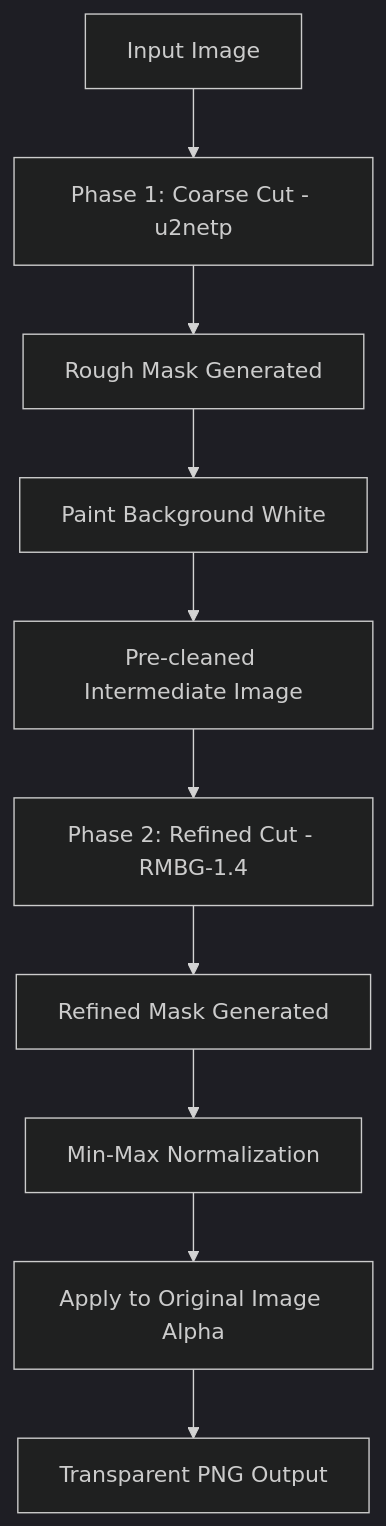
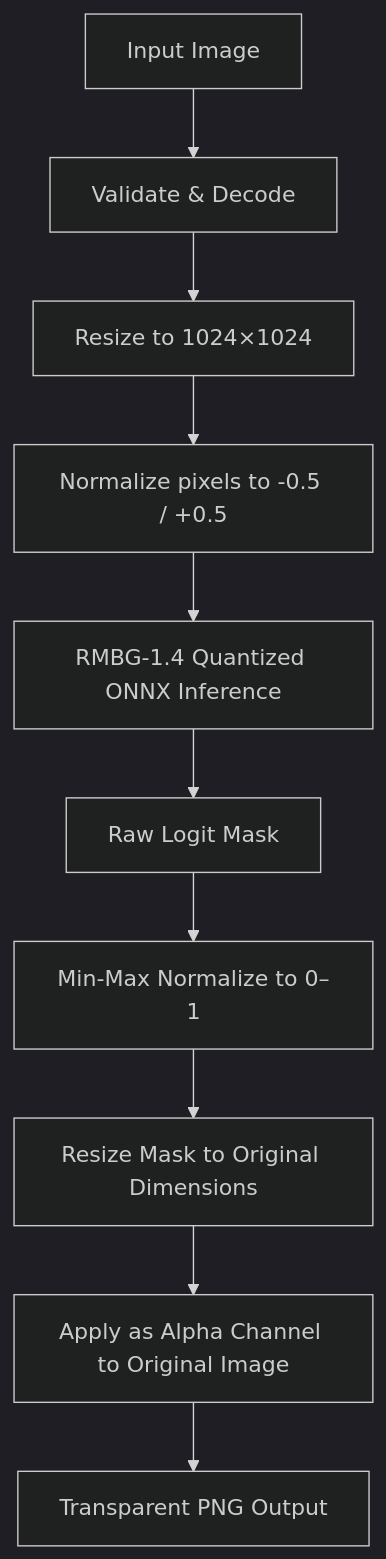
One commit to gericandmorty/G-Remover-backend changed the diagram in README.md. Above: the diagram before and after it, drawn with Mermaid (dark theme). The commit also changed other lines of this file and 3 other files, not shown here.

````diff
--- a/README.md
+++ b/README.md
@@ -24,12 +24,12 @@
 ```mermaid
 graph TD
-    A[Input Image] --> B[Phase 1: Coarse Cut - u2netp]
-    B --> C[Rough Mask Generated]
-    C --> D[Paint Background White]
-    D --> E[Pre-cleaned Intermediate Image]
-    E --> F[Phase 2: Refined Cut - RMBG-1.4]
-    F --> G[Refined Mask Generated]
-    G --> H[Min-Max Normalization]
-    H --> I[Apply to Original Image Alpha]
+    A[Input Image] --> B[Validate & Decode]
+    B --> C[Resize to 1024×1024]
+    C --> D[Normalize pixels to -0.5 / +0.5]
+    D --> E[RMBG-1.4 Quantized ONNX Inference]
+    E --> F[Raw Logit Mask]
+    F --> G[Min-Max Normalize to 0–1]
+    G --> H[Resize Mask to Original Dimensions]
+    H --> I[Apply as Alpha Channel to Original Image]
     I --> J[Transparent PNG Output]
 ```
````
